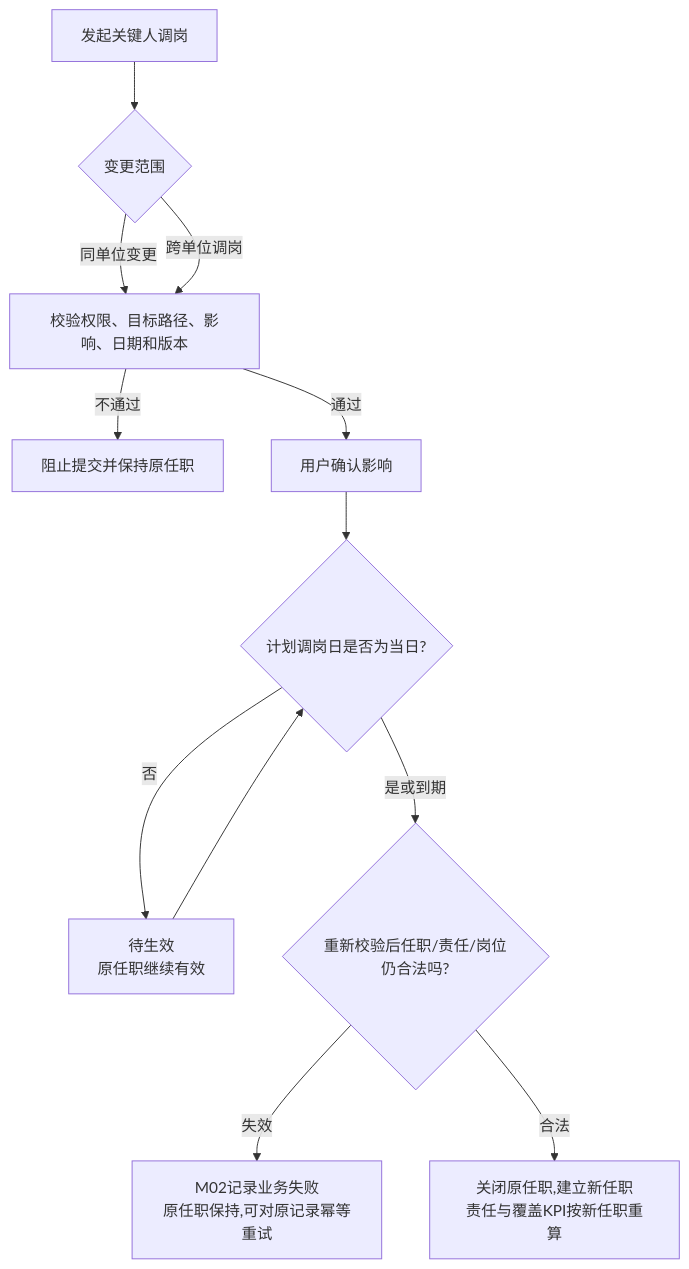
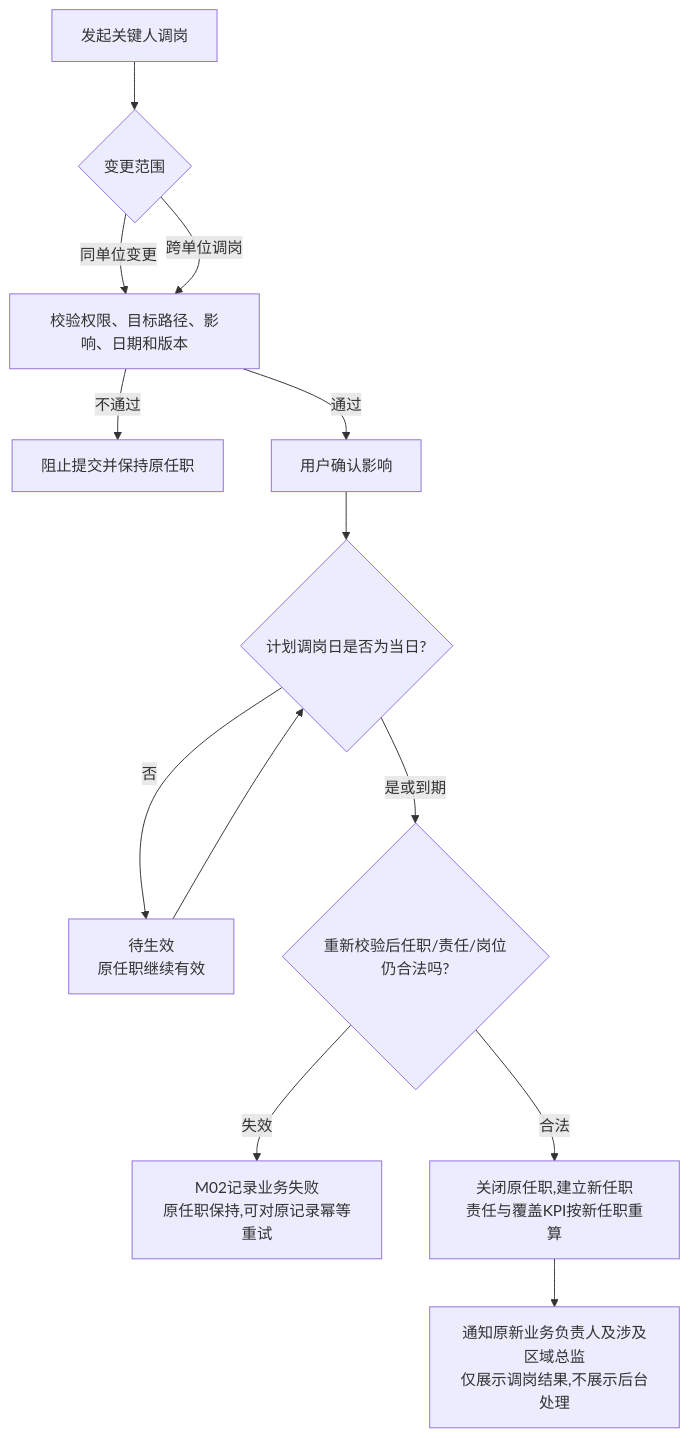
One commit to Joker-1030/Yingjia-Internal-Management-System changed the diagram in prd-workspace/current/user-flows/FLOW-11-M02-key-contact-transfer-approval.md. Above: the diagram before and after it, drawn with Mermaid. The commit also changed 37 other files, not shown here.

````diff
--- a/prd-workspace/current/user-flows/FLOW-11-M02-key-contact-transfer-approval.md
+++ b/prd-workspace/current/user-flows/FLOW-11-M02-key-contact-transfer-approval.md
@@ -8,14 +8,15 @@
 ```mermaid
 flowchart TD
     A[发起关键人调岗] --> B{变更范围}
     B -- 同单位变更 --> C[校验权限、目标路径、影响、日期和版本]
     B -- 跨单位调岗 --> C
     C -- 不通过 --> D[阻止提交并保持原任职]
     C -- 通过 --> E[用户确认影响]
     E --> J{计划调岗日是否为当日?}
     J -- 否 --> K[待生效<br/>原任职继续有效]
     K --> J
     J -- 是或到期 --> L{重新校验后任职/责任/岗位仍合法吗?}
     L -- 失效 --> M[M02记录业务失败<br/>原任职保持,可对原记录幂等重试]
     L -- 合法 --> N[关闭原任职,建立新任职<br/>责任与覆盖KPI按新任职重算]
+    N --> Z[通知原新业务负责人及涉及区域总监<br/>仅展示调岗结果,不展示后台处理]
 ```
````
